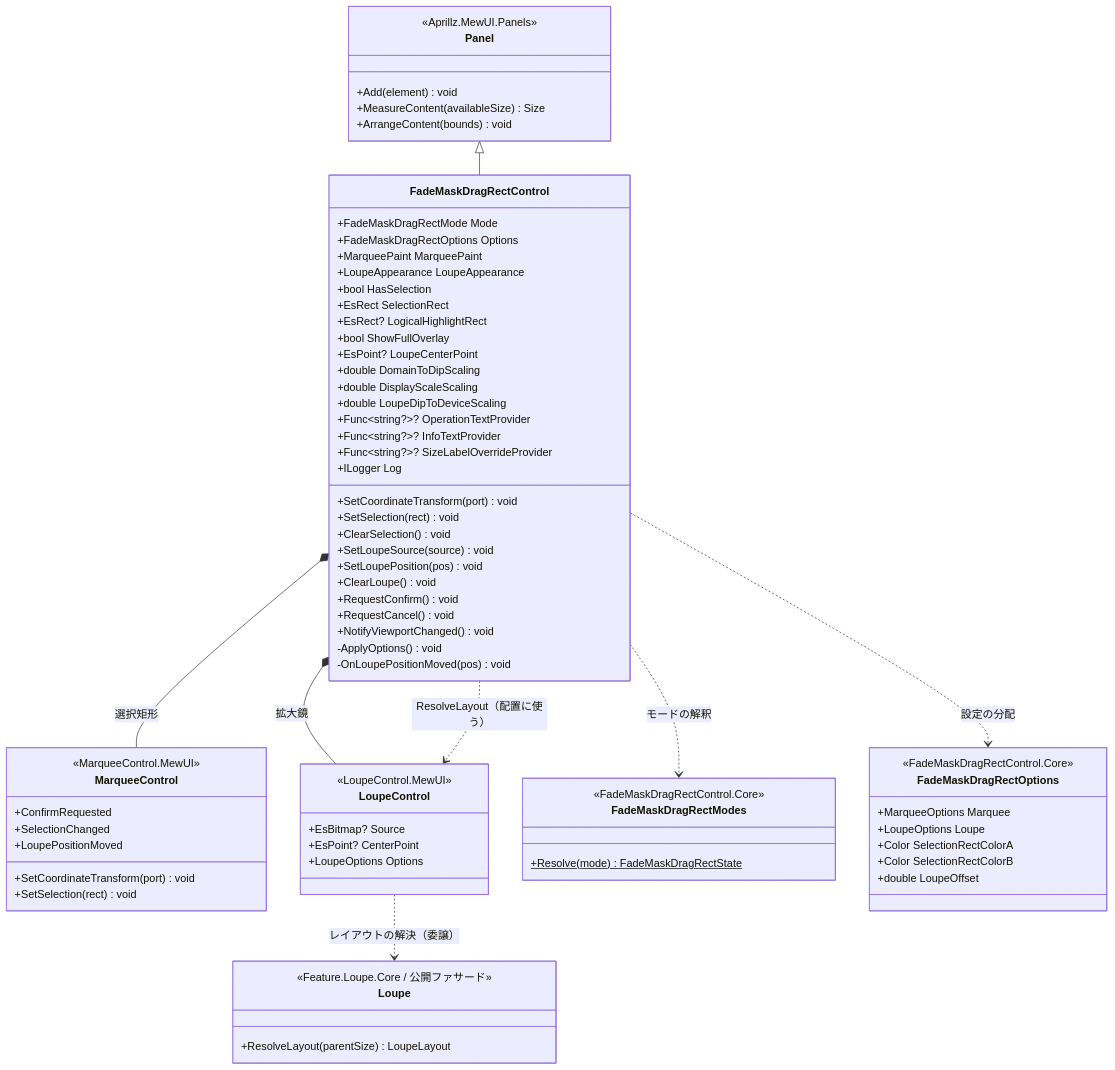
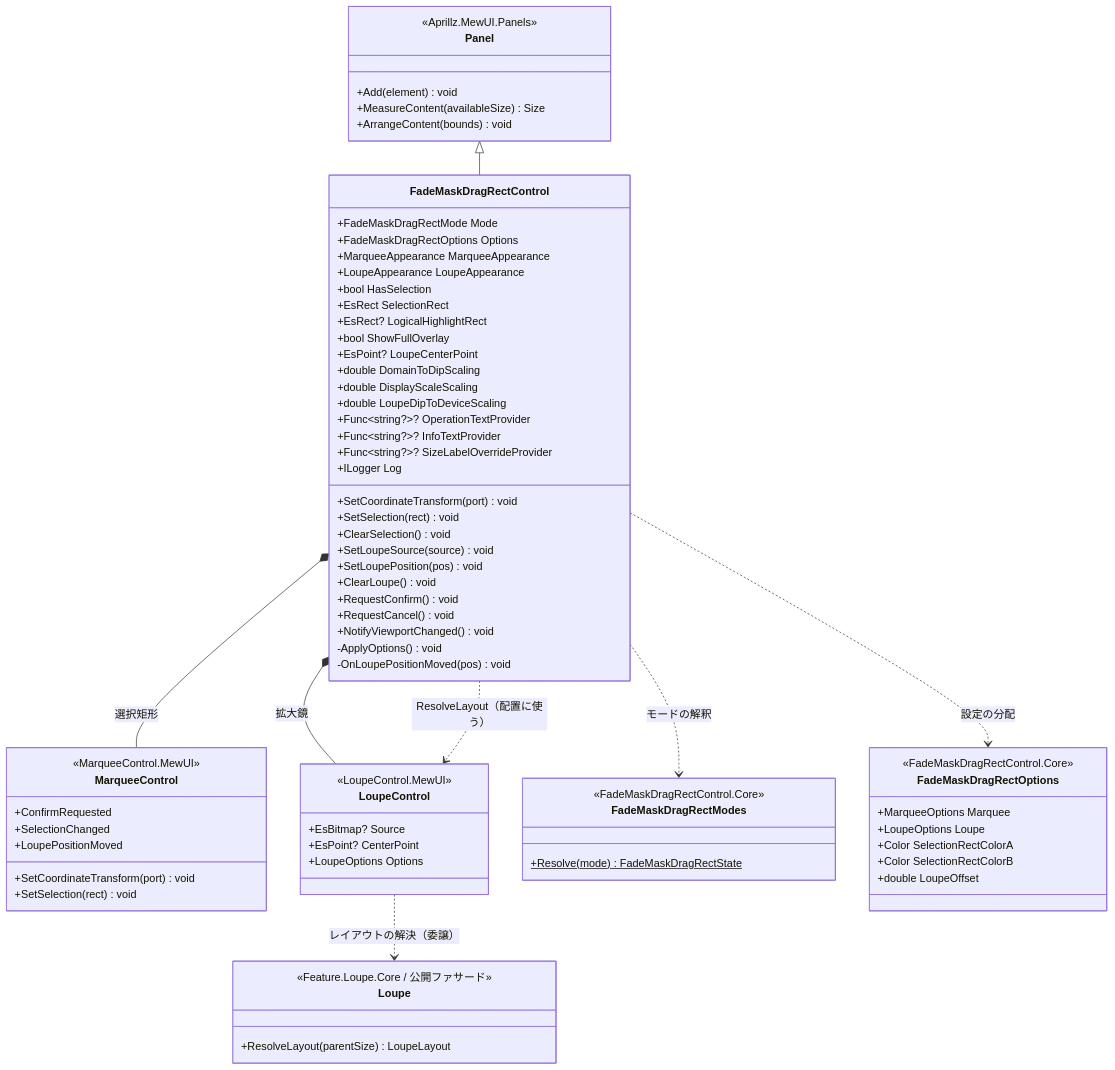
Before and after one commit to tomokuni/SaveEvidence: the first of 4 diagrams in src/FadeMaskDragRectControl.MewUI/SPEC_System.md, drawn with Mermaid. The commit also changed other lines of this file and 33 other files, not shown here.

````diff
--- a/src/FadeMaskDragRectControl.MewUI/SPEC_System.md
+++ b/src/FadeMaskDragRectControl.MewUI/SPEC_System.md
@@ -94,76 +94,76 @@
 ```mermaid
 classDiagram
     class Panel {
         <<Aprillz.MewUI.Panels>>
         +Add(element) void
         +MeasureContent(availableSize) Size
         +ArrangeContent(bounds) void
     }
     class FadeMaskDragRectControl {
         +FadeMaskDragRectMode Mode
         +FadeMaskDragRectOptions Options
-        +MarqueePaint MarqueePaint
+        +MarqueeAppearance MarqueeAppearance
         +LoupeAppearance LoupeAppearance
         +bool HasSelection
         +EsRect SelectionRect
         +EsRect? LogicalHighlightRect
         +bool ShowFullOverlay
         +EsPoint? LoupeCenterPoint
         +double DomainToDipScaling
         +double DisplayScaleScaling
         +double LoupeDipToDeviceScaling
         +Func~string?~? OperationTextProvider
         +Func~string?~? InfoTextProvider
         +Func~string?~? SizeLabelOverrideProvider
         +ILogger Log
         +SetCoordinateTransform(port) void
         +SetSelection(rect) void
         +ClearSelection() void
         +SetLoupeSource(source) void
         +SetLoupePosition(pos) void
         +ClearLoupe() void
         +RequestConfirm() void
         +RequestCancel() void
         +NotifyViewportChanged() void
         -ApplyOptions() void
         -OnLoupePositionMoved(pos) void
     }
     class MarqueeControl {
         <<MarqueeControl.MewUI>>
         +SetCoordinateTransform(port) void
         +SetSelection(rect) void
         +ConfirmRequested
         +SelectionChanged
         +LoupePositionMoved
     }
     class LoupeControl {
         <<LoupeControl.MewUI>>
         +EsBitmap? Source
         +EsPoint? CenterPoint
         +LoupeOptions Options
     }
     class FadeMaskDragRectModes {
         <<FadeMaskDragRectControl.Core>>
         +Resolve(mode)$ FadeMaskDragRectState
     }
     class FadeMaskDragRectOptions {
         <<FadeMaskDragRectControl.Core>>
         +MarqueeOptions Marquee
         +LoupeOptions Loupe
         +Color SelectionRectColorA
         +Color SelectionRectColorB
         +double LoupeOffset
     }
     class Loupe {
         <<Feature.Loupe.Core / 公開ファサード>>
         +ResolveLayout(parentSize) LoupeLayout
     }
 
     Panel <|-- FadeMaskDragRectControl
     FadeMaskDragRectControl *-- MarqueeControl : 選択矩形
     FadeMaskDragRectControl *-- LoupeControl : 拡大鏡
     FadeMaskDragRectControl ..> FadeMaskDragRectModes : モードの解釈
     FadeMaskDragRectControl ..> FadeMaskDragRectOptions : 設定の分配
     LoupeControl ..> Loupe : レイアウトの解決（委譲）
     FadeMaskDragRectControl ..> LoupeControl : ResolveLayout（配置に使う）
 ```
````
